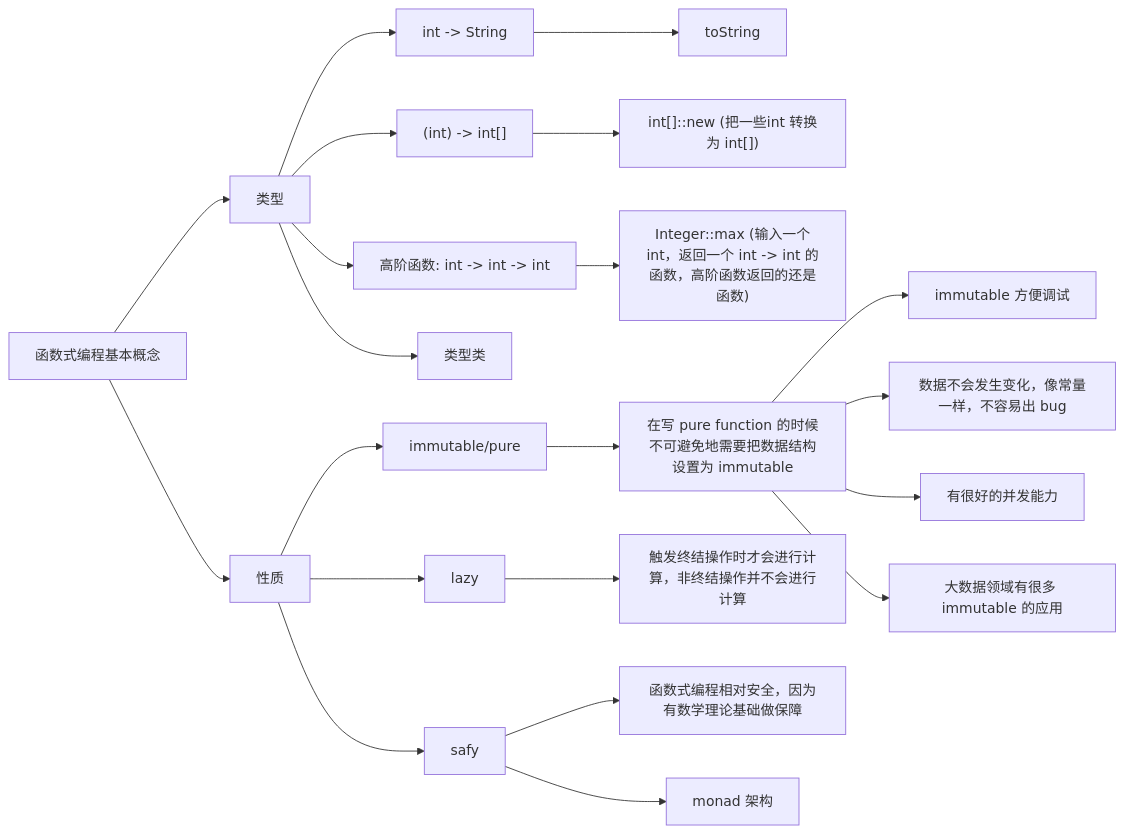
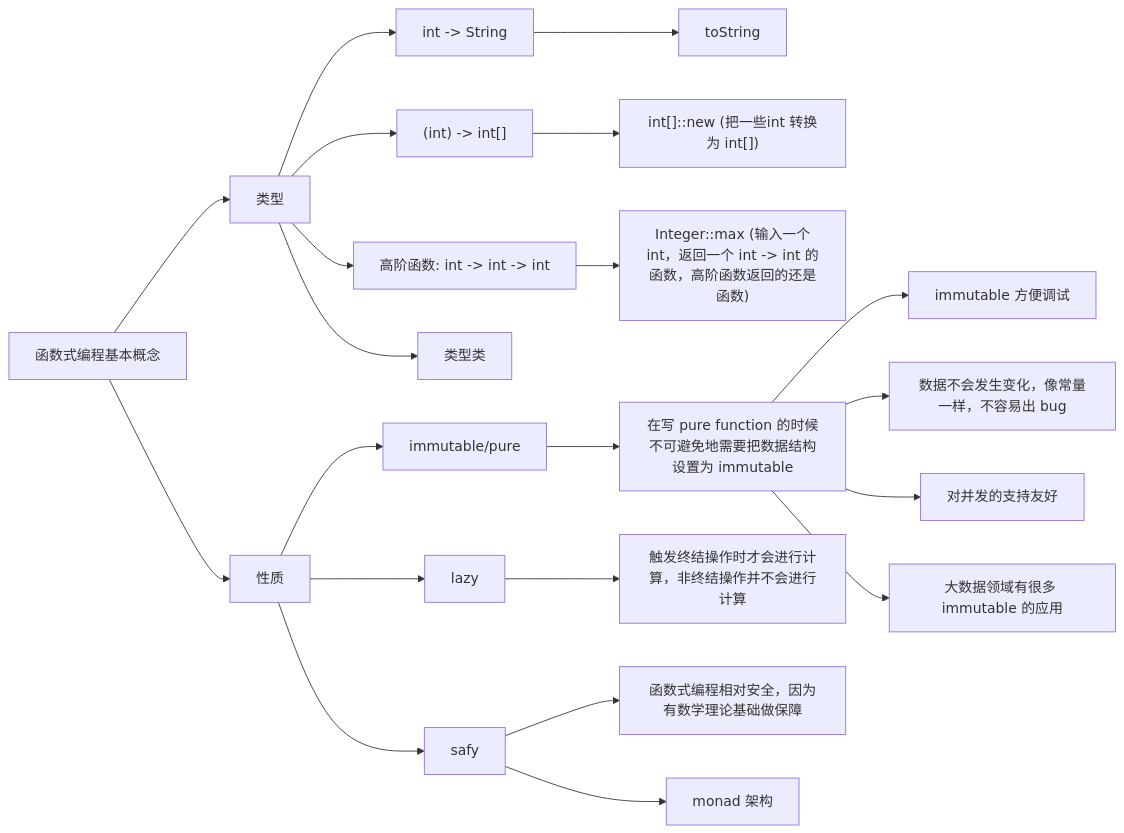
The second of 2 diagrams in java/lambda/lambda.md (JellyfishMIX/knowledge), drawn with Mermaid before and after one commit. The commit also changed 24 other files, not shown here.

````diff
--- a/java/lambda/lambda.md
+++ b/java/lambda/lambda.md
@@ -45,23 +45,23 @@
 ```mermaid
 graph LR
 A[函数式编程基本概念] --> B[类型]
 B --> C["int -> String"]
 C --> C1[toString]
 B --> D["(int) -> int[]"]
 D --> D1["int[]::new (把一些int 转换为 int[])"]
 B --> E["高阶函数: int -> int -> int"]
 E --> E1["Integer::max (输入一个int，返回一个 int -> int 的函数，高阶函数返回的还是函数)"]
 B --> F[类型类]
 A --> G[性质]
 G --> H[immutable/pure]
 H --> H1["在写 pure function 的时候不可避免地需要把数据结构设置为 immutable"]
 H1 --> H11["immutable 方便调试"]
 H1 --> H12["数据不会发生变化，像常量一样，不容易出 bug"]
-H1 --> H13["有很好的并发能力"]
+H1 --> H13["对并发的支持友好"]
 H1 --> H14["大数据领域有很多 immutable 的应用"]
 G --> I[lazy]
 I --> I1["触发终结操作时才会进行计算，非终结操作并不会进行计算"]
 G --> J[safy]
 J --> J1["函数式编程相对安全，因为有数学理论基础做保障"]
 J --> J2["monad 架构"]
 ```
````
